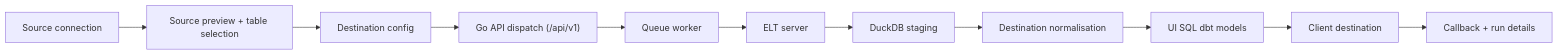
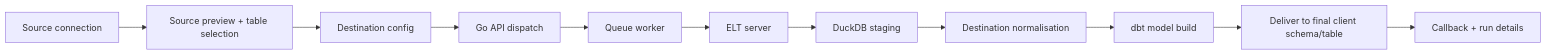
One commit to dabhivijay2478/InsightFlow changed the diagram in md-docs/source-to-destination-elt-flow.md. Above: the diagram before and after it, drawn with Mermaid. The commit also changed other lines of this file and 2 other files, not shown here.

Commit message:
Update subproject commit references for app, website, and ELT server modules to latest versions. Enhance documentation with detailed updates to the source-to-destination ELT flow and local manual testing guide.

````diff
--- a/md-docs/source-to-destination-elt-flow.md
+++ b/md-docs/source-to-destination-elt-flow.md
@@ -40,13 +127,13 @@
 ```mermaid
 flowchart LR
   A["Source connection"] --> B["Source preview + table selection"]
   B --> C["Destination config"]
-  C --> D["Go API dispatch (/api/v1)"]
+  C --> D["Go API dispatch"]
   D --> E["Queue worker"]
   E --> F["ELT server"]
   F --> G["DuckDB staging"]
   G --> H["Destination normalisation"]
-  H --> I["UI SQL dbt models"]
-  I --> J["Client destination"]
+  H --> I["dbt model build"]
+  I --> J["Deliver to final client schema/table"]
   J --> K["Callback + run details"]
 ```
````
